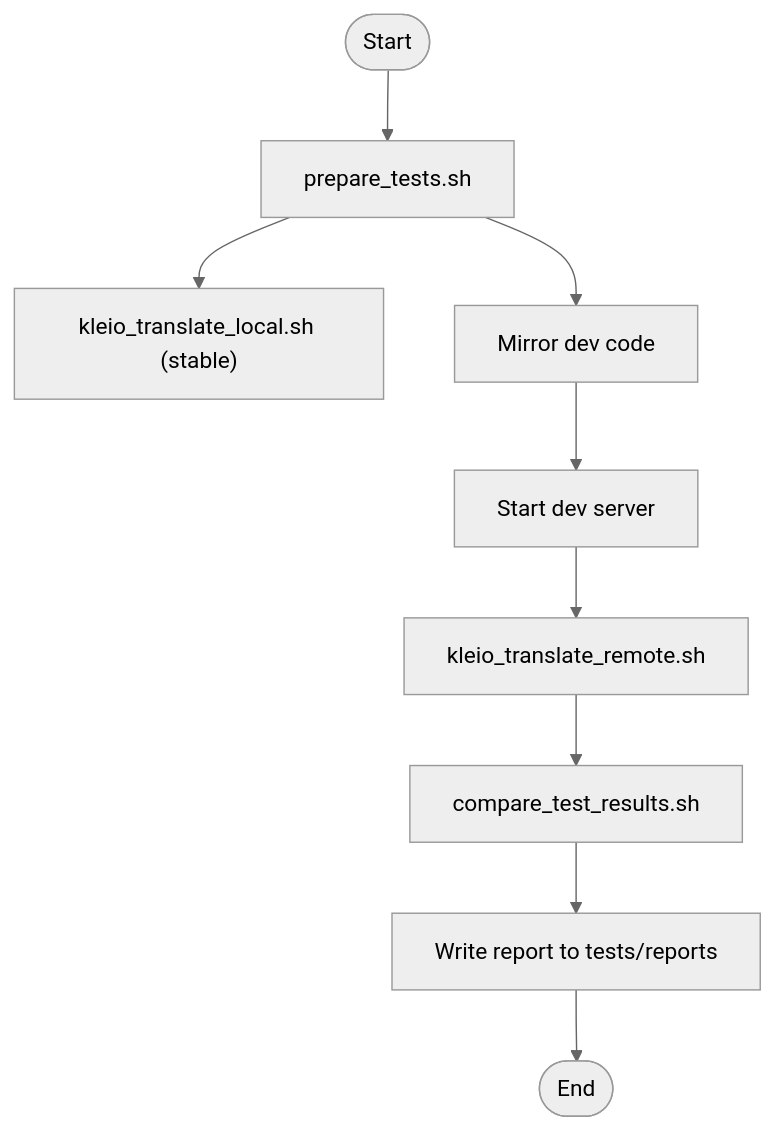
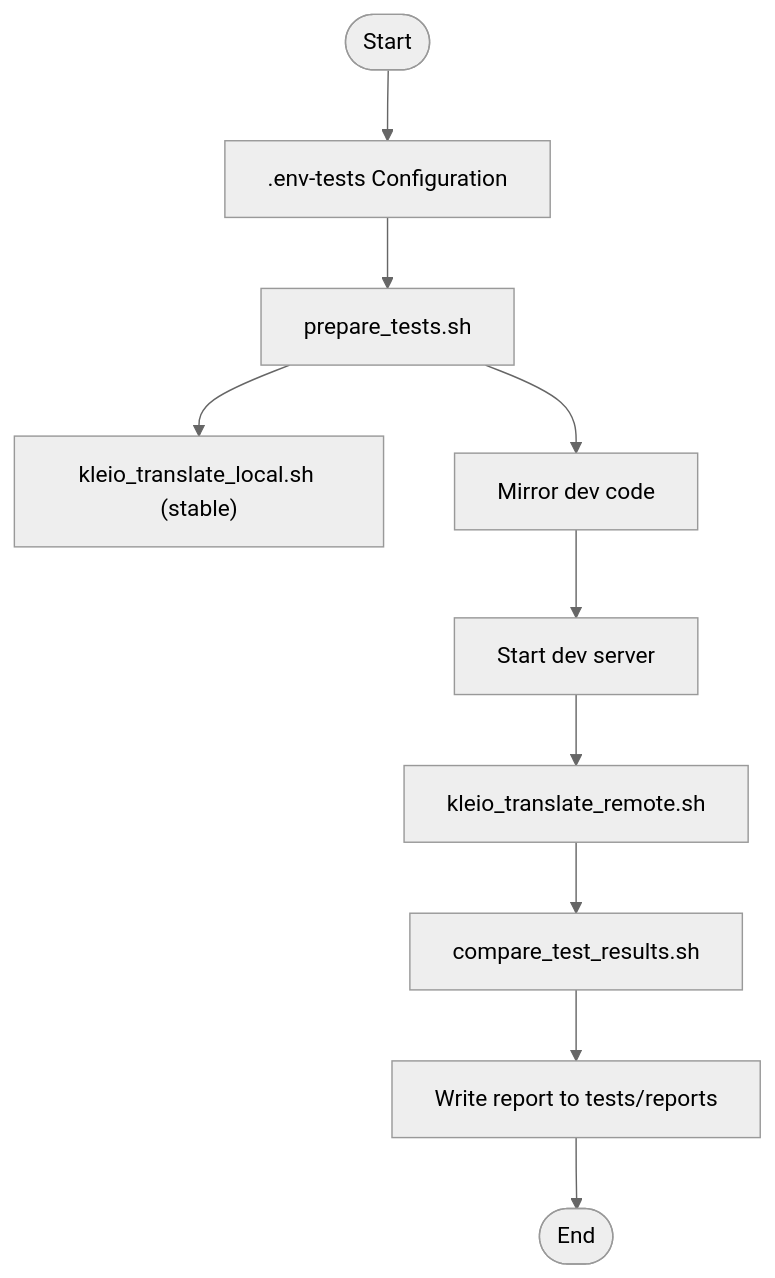
One commit to time-link/timelink-kleio changed the third of 6 diagrams in .qoder/repowiki/en/content/Testing Framework/Testing Framework.md. Above: the diagram before and after it, drawn with Mermaid (neutral theme). The commit also changed other lines of this file and 189 other files, not shown here.

````diff
--- a/.qoder/repowiki/en/content/Testing Framework/Testing Framework.md
+++ b/.qoder/repowiki/en/content/Testing Framework/Testing Framework.md
@@ -154,11 +194,12 @@
 ```mermaid
 flowchart TD
-Start(["Start"]) --> Prep["prepare_tests.sh"]
+Start(["Start"]) --> EnvConfig[".env-tests Configuration"]
+EnvConfig --> Prep["prepare_tests.sh"]
 Prep --> StableLocal["kleio_translate_local.sh (stable)"]
 Prep --> DevCopy["Mirror dev code"]
 DevCopy --> StartServer["Start dev server"]
 StartServer --> RemoteTranslate["kleio_translate_remote.sh"]
 RemoteTranslate --> Compare["compare_test_results.sh"]
 Compare --> Report["Write report to tests/reports"]
 Report --> End(["End"])
 ```
````
